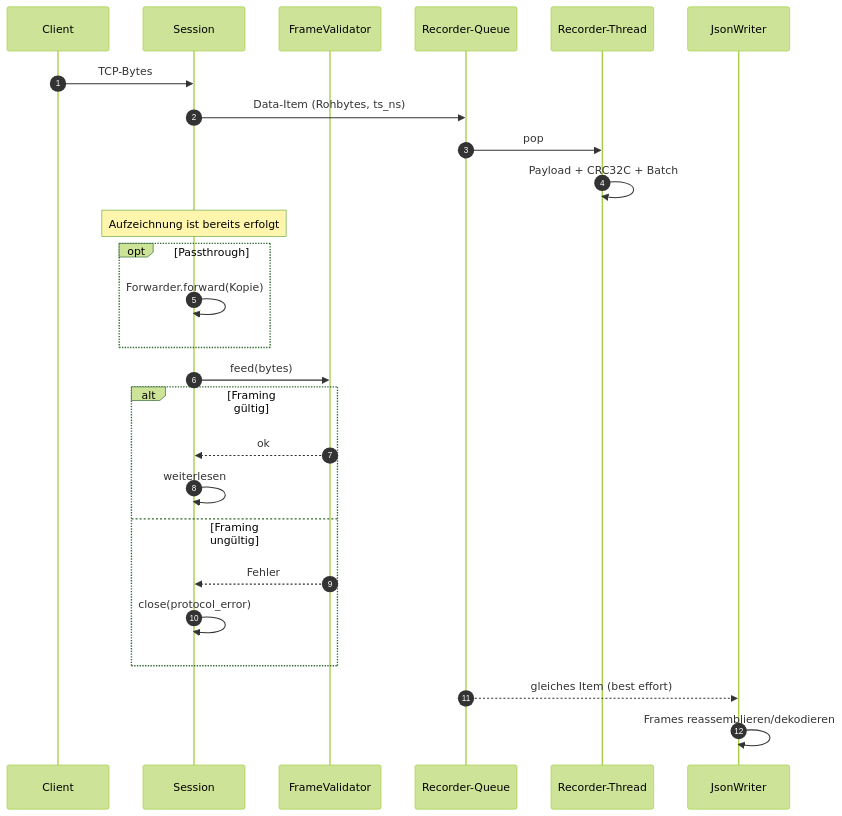
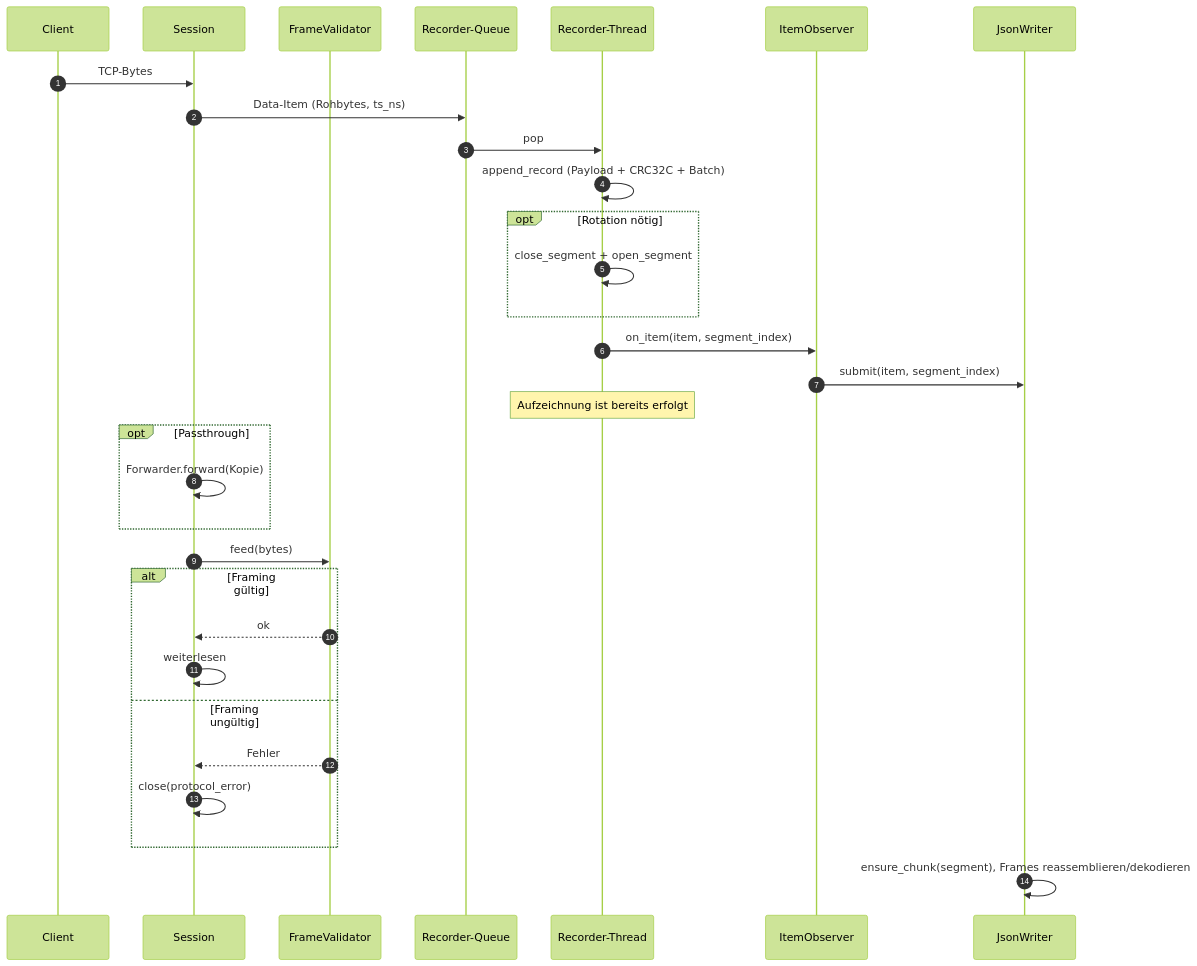
One commit to chriswit68/protorecprep changed the fifth of 17 diagrams in doc/software-design.md. Above: the diagram before and after it, drawn with Mermaid (forest theme). The commit also changed other lines of this file and 22 other files, not shown here.

````diff
--- a/doc/software-design.md
+++ b/doc/software-design.md
@@ -747,29 +778,34 @@
 ```mermaid
 sequenceDiagram
   autonumber
   participant C as Client
   participant S as Session
   participant V as FrameValidator
   participant Q as Recorder-Queue
   participant R as Recorder-Thread
+  participant O as ItemObserver
   participant J as JsonWriter
 
   C->>S: TCP-Bytes
   S->>Q: Data-Item (Rohbytes, ts_ns)
   Q->>R: pop
-  R->>R: Payload + CRC32C + Batch
-  Note over S: Aufzeichnung ist bereits erfolgt
+  R->>R: append_record (Payload + CRC32C + Batch)
+  opt Rotation nötig
+    R->>R: close_segment + open_segment
+  end
+  R->>O: on_item(item, segment_index)
+  O->>J: submit(item, segment_index)
+  Note over R: Aufzeichnung ist bereits erfolgt
   opt Passthrough
     S->>S: Forwarder.forward(Kopie)
   end
   S->>V: feed(bytes)
   alt Framing gültig
     V-->>S: ok
     S->>S: weiterlesen
   else Framing ungültig
     V-->>S: Fehler
     S->>S: close(protocol_error)
   end
-  Q-->>J: gleiches Item (best effort)
-  J->>J: Frames reassemblieren/dekodieren
+  J->>J: ensure_chunk(segment), Frames reassemblieren/dekodieren
 ```
````
